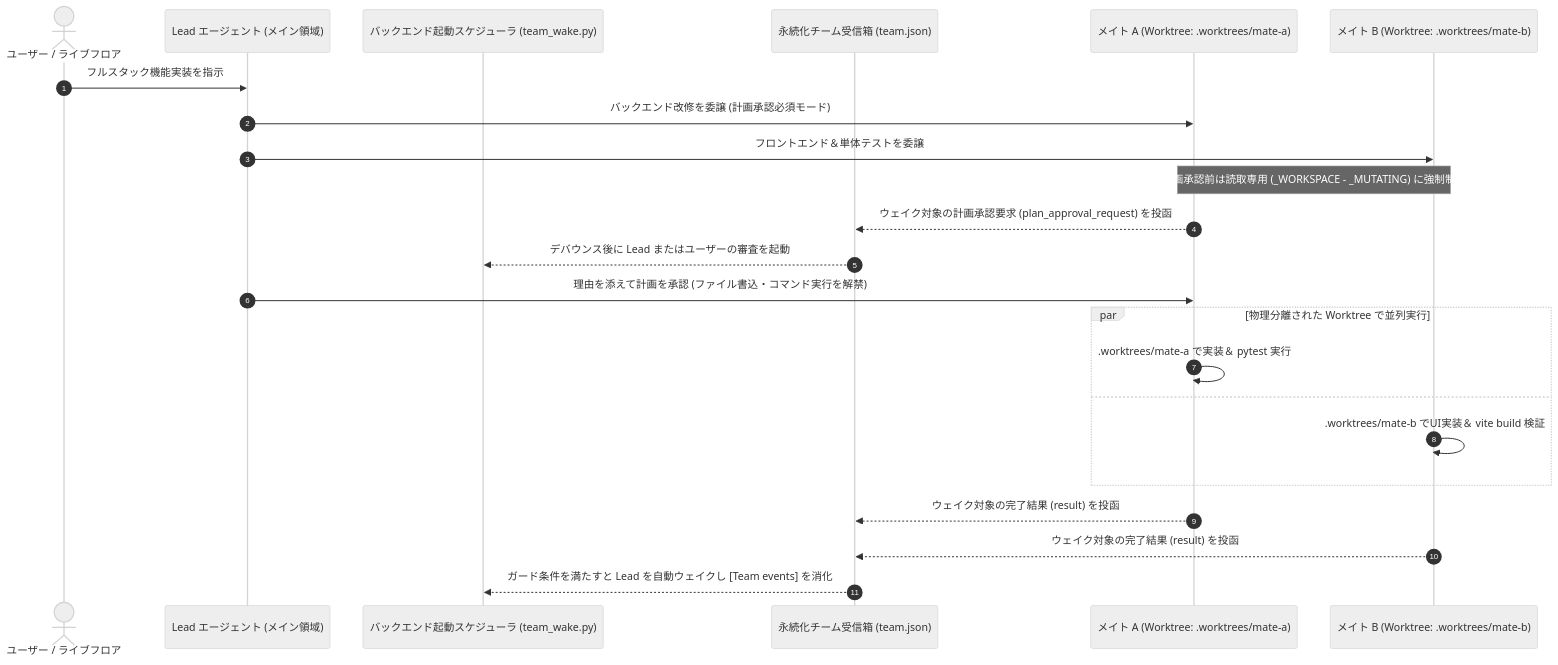
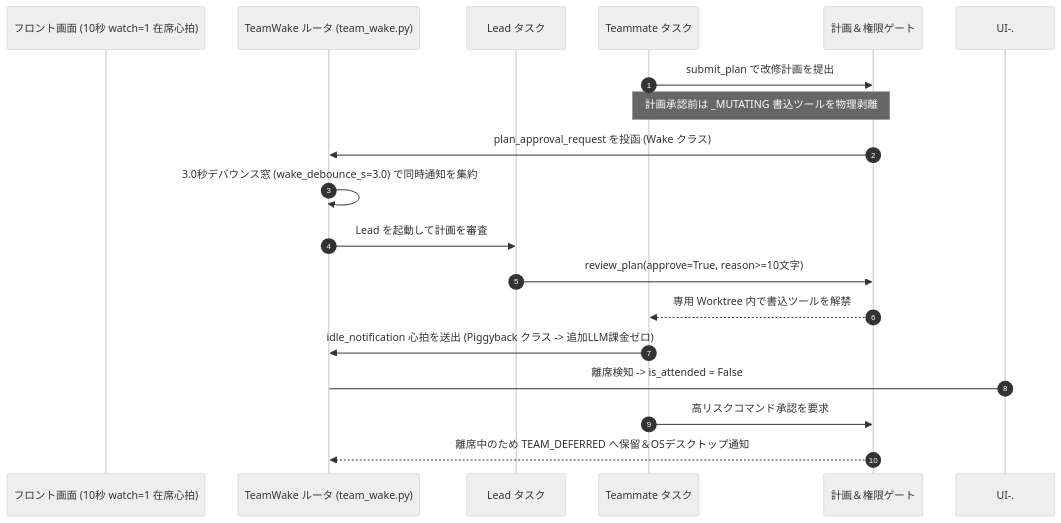
One commit to HelmAgent/Helm_website changed the second of 3 diagrams in docs/ja/architecture/multi-agent-team.md. Above: the diagram before and after it, drawn with Mermaid (neutral theme). The commit also changed other lines of this file and 57 other files, not shown here.

Commit message:
docs(architecture): add detailed documentation for the 5-Tier Permission Sandbox, Zero-RTT Intent Engine, and Open Ecosystem; include core modules, empirical evidence, and interactive permission modes for enhanced clarity and functionality

````diff
--- a/docs/ja/architecture/multi-agent-team.md
+++ b/docs/ja/architecture/multi-agent-team.md
@@ -18,26 +48,21 @@
 ```mermaid
 sequenceDiagram
   autonumber
-  actor User as ユーザー / ライブフロア
-  participant Lead as Lead エージェント (メイン領域)
-  participant Wake as バックエンド起動スケジューラ (team_wake.py)
-  participant Inbox as 永続化チーム受信箱 (team.json)
-  participant MateA as メイト A (Worktree: .worktrees/mate-a)
-  participant MateB as メイト B (Worktree: .worktrees/mate-b)
+  participant UI as フロント画面 (10秒 watch=1 在席心拍)
+  participant Wake as TeamWake ルータ (team_wake.py)
+  participant Lead as Lead タスク
+  participant Mate as Teammate タスク
+  participant Guard as 計画＆権限ゲート
 
-  User->>Lead: フルスタック機能実装を指示
-  Lead->>MateA: バックエンド改修を委譲 (計画承認必須モード)
-  Lead->>MateB: フロントエンド＆単体テストを委譲
-  Note over MateA,MateB: 計画承認前は読取専用 (_WORKSPACE - _MUTATING) に強制制限
-  MateA-->>Inbox: ウェイク対象の計画承認要求 (plan_approval_request) を投函
-  Inbox-->>Wake: デバウンス後に Lead またはユーザーの審査を起動
-  Lead->>MateA: 理由を添えて計画を承認 (ファイル書込・コマンド実行を解禁)
-  par 物理分離された Worktree で並列実行
-    MateA->>MateA: .worktrees/mate-a で実装＆ pytest 実行
-  and
-    MateB->>MateB: .worktrees/mate-b でUI実装＆ vite build 検証
-  end
-  MateA-->>Inbox: ウェイク対象の完了結果 (result) を投函
-  MateB-->>Inbox: ウェイク対象の完了結果 (result) を投函
-  Inbox-->>Wake: ガード条件を満たすと Lead を自動ウェイクし [Team events] を消化
+  Mate->>Guard: submit_plan で改修計画を提出
+  Note over Mate,Guard: 計画承認前は _MUTATING 書込ツールを物理剥離
+  Guard->>Wake: plan_approval_request を投函 (Wake クラス)
+  Wake->>Wake: 3.0秒デバウンス窓 (wake_debounce_s=3.0) で同時通知を集約
+  Wake->>Lead: Lead を起動して計画を審査
+  Lead->>Guard: review_plan(approve=True, reason>=10文字)
+  Guard-->>Mate: 専用 Worktree 内で書込ツールを解禁
+  Mate->>Wake: idle_notification 心拍を送出 (Piggyback クラス -> 追加LLM課金ゼロ)
+  UI-.->Wake: 離席検知 -> is_attended = False
+  Mate->>Guard: 高リスクコマンド承認を要求
+  Guard-->>Wake: 離席中のため TEAM_DEFERRED へ保留＆OSデスクトップ通知
 ```
````
